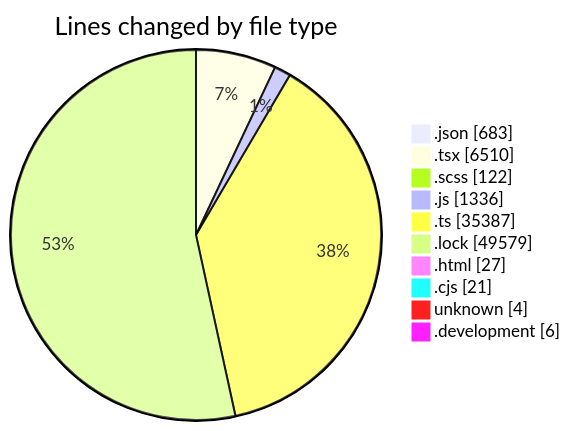
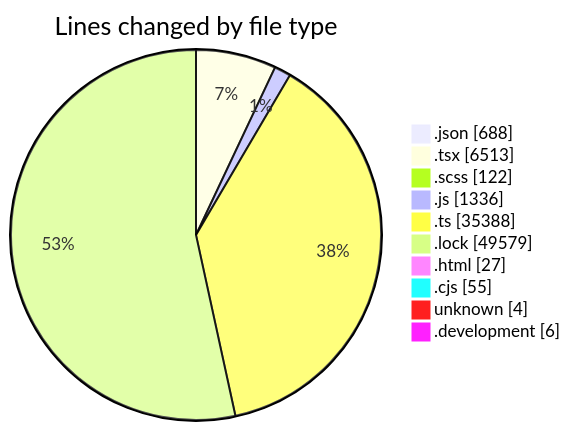
Before and after one commit to momahboobian/code-tracking: the first of 2 diagrams in 2026-09-03/cda/README.md, drawn with Mermaid. The commit also changed other lines of this file and 1 other file, not shown here.

````diff
--- a/2026-09-03/cda/README.md
+++ b/2026-09-03/cda/README.md
@@ -81,14 +82,14 @@
 ```mermaid
 pie showData
 title Lines changed by file type
-".json" : 683
-".tsx" : 6510
+".json" : 688
+".tsx" : 6513
 ".scss" : 122
 ".js" : 1336
-".ts" : 35387
+".ts" : 35388
 ".lock" : 49579
 ".html" : 27
-".cjs" : 21
+".cjs" : 55
 "unknown" : 4
 ".development" : 6
 ```
````
